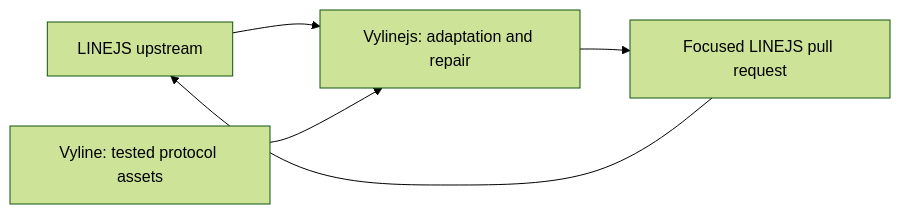
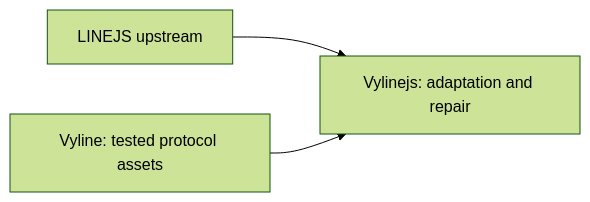
Before and after one commit to nezumi0627/Vylinejs: the diagram in README.md, drawn with Mermaid (forest theme). The commit also changed other lines of this file and 181 other files, not shown here.

````diff
--- a/README.md
+++ b/README.md
@@ -26,7 +26,5 @@
 ```mermaid
 flowchart LR
     L[LINEJS upstream] --> VJ[Vylinejs: adaptation and repair]
     V[Vyline: tested protocol assets] --> VJ
-    VJ --> PR[Focused LINEJS pull request]
-    PR --> L
 ```
````
